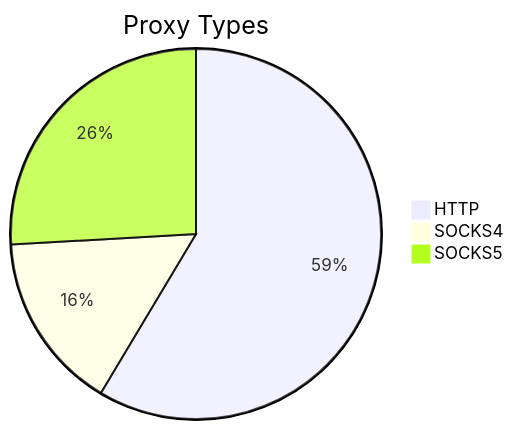
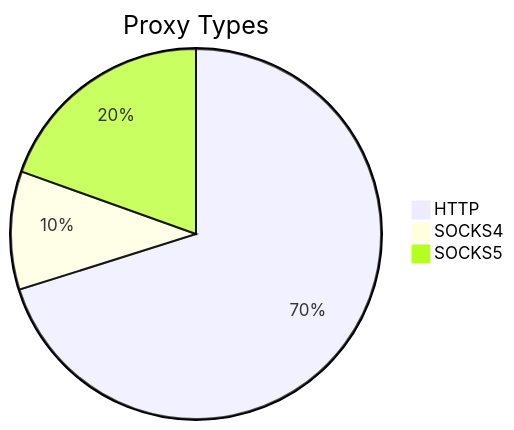
One commit to stormsia/proxy-list changed the first of 2 diagrams in README.md. Above: the diagram before and after it, drawn with Mermaid. The commit also changed other lines of this file, not shown here.

````diff
--- a/README.md
+++ b/README.md
@@ -21,6 +21,6 @@
 ```mermaid
 pie title Proxy Types
-    "HTTP" : 536
-    "SOCKS4" : 142
-    "SOCKS5" : 237
+    "HTTP" : 625
+    "SOCKS4" : 92
+    "SOCKS5" : 174
 ```
````
